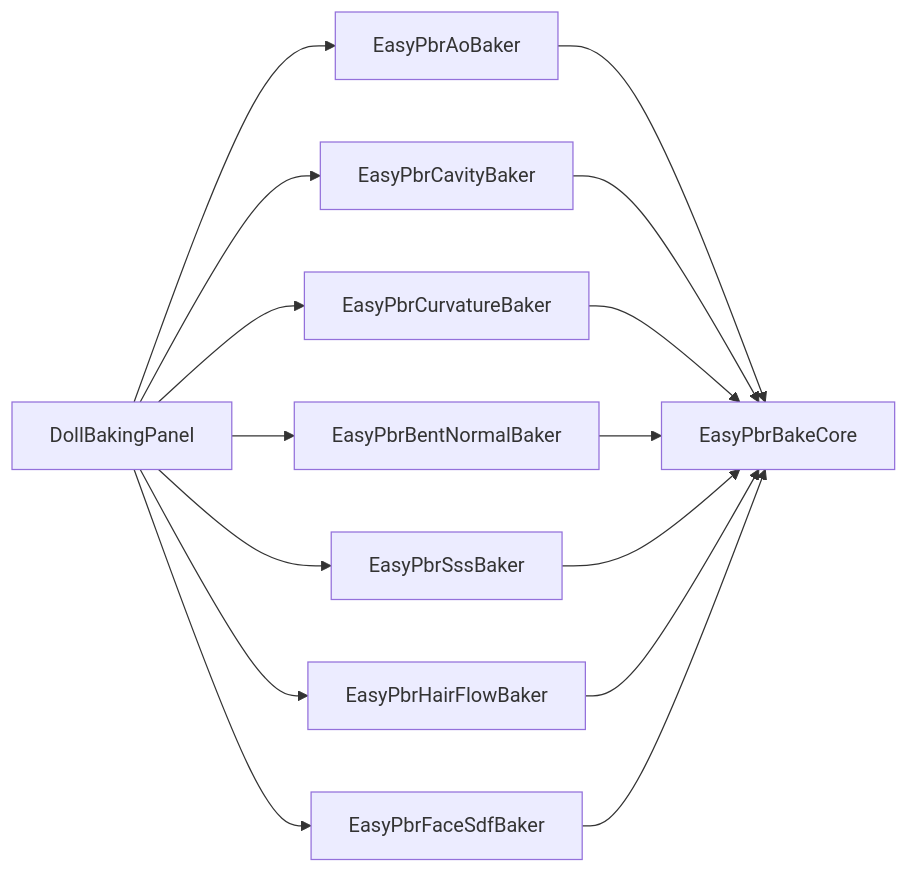
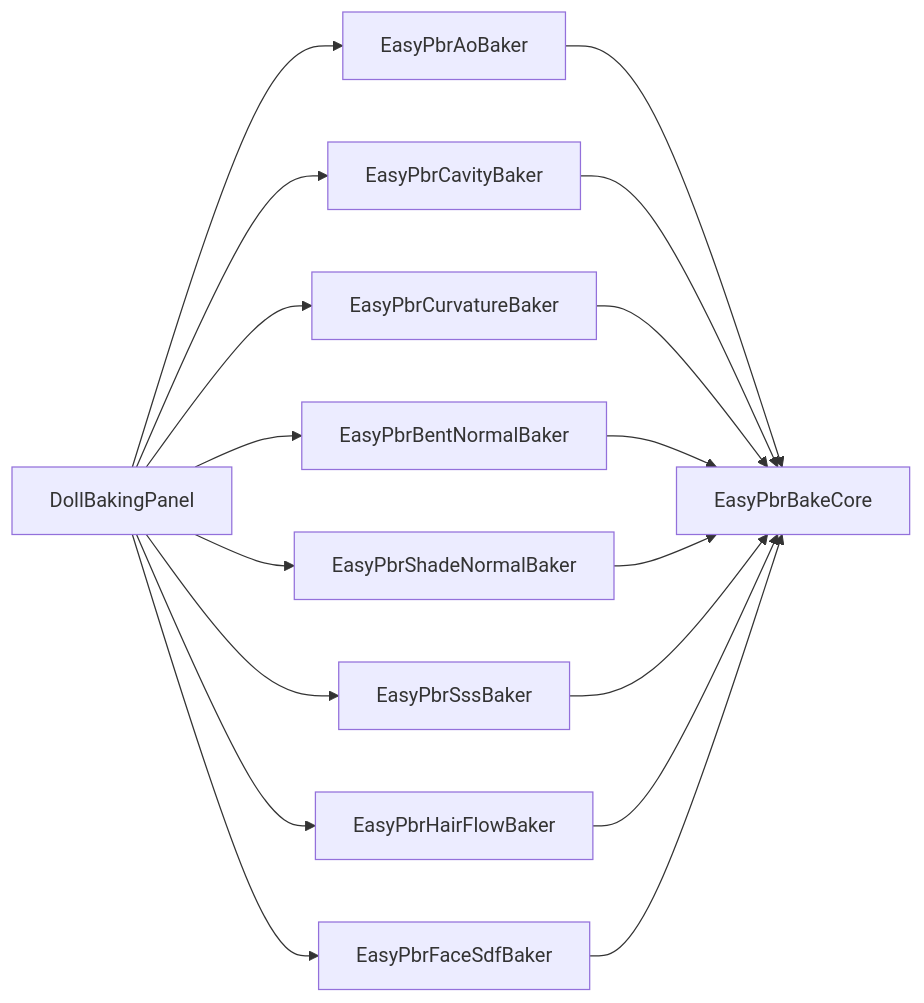
Before and after one commit to orig-uma/EasyPBR-URP: the diagram in Documentation~/ARCHITECTURE.md, drawn with Mermaid. The commit also changed other lines of this file and 25 other files, not shown here.

````diff
--- a/Documentation~/ARCHITECTURE.md
+++ b/Documentation~/ARCHITECTURE.md
@@ -127,14 +132,15 @@
 ```mermaid
 flowchart LR
     Panel[DollBakingPanel]
     Core[EasyPbrBakeCore]
     Ao[EasyPbrAoBaker]
     Cav[EasyPbrCavityBaker]
     Curv[EasyPbrCurvatureBaker]
     Bent[EasyPbrBentNormalBaker]
+    Shade[EasyPbrShadeNormalBaker]
     Sss[EasyPbrSssBaker]
     Hair[EasyPbrHairFlowBaker]
     Sdf[EasyPbrFaceSdfBaker]
-    Panel --> Ao & Cav & Curv & Bent & Sss & Hair & Sdf
-    Ao & Cav & Curv & Bent & Sss & Hair & Sdf --> Core
+    Panel --> Ao & Cav & Curv & Bent & Shade & Sss & Hair & Sdf
+    Ao & Cav & Curv & Bent & Shade & Sss & Hair & Sdf --> Core
 ```
````
